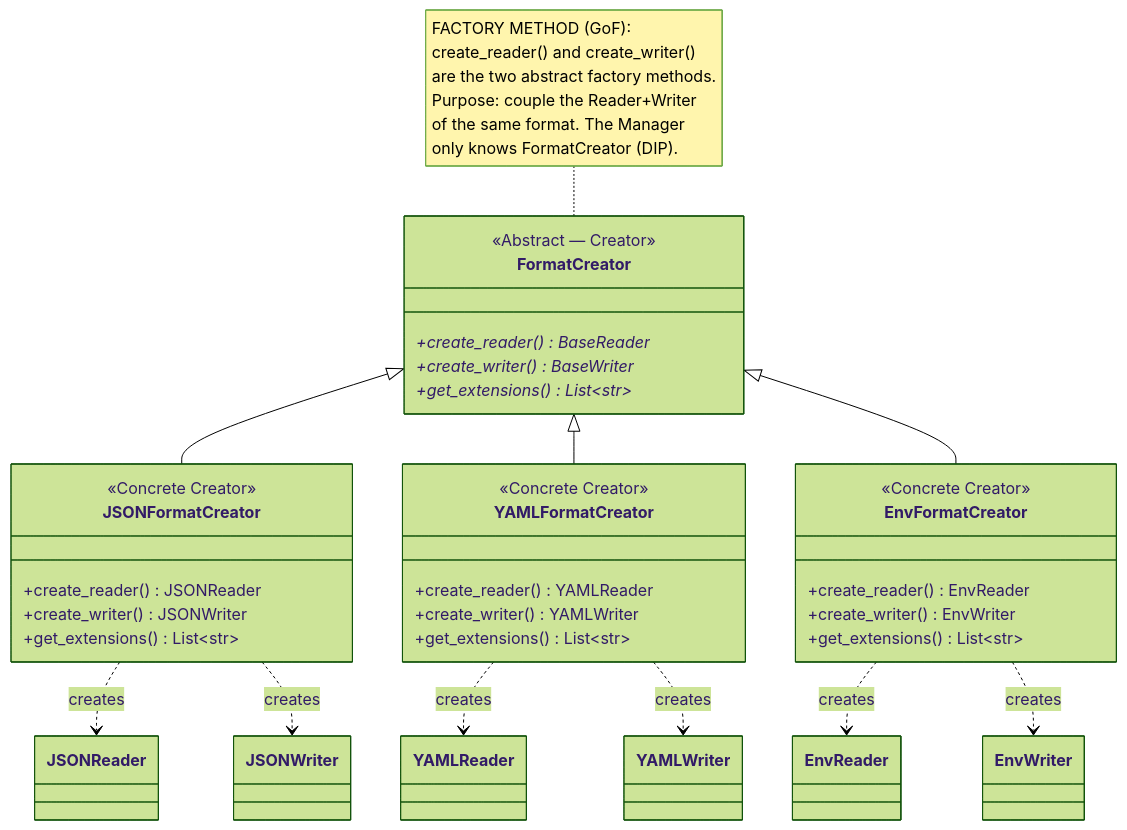
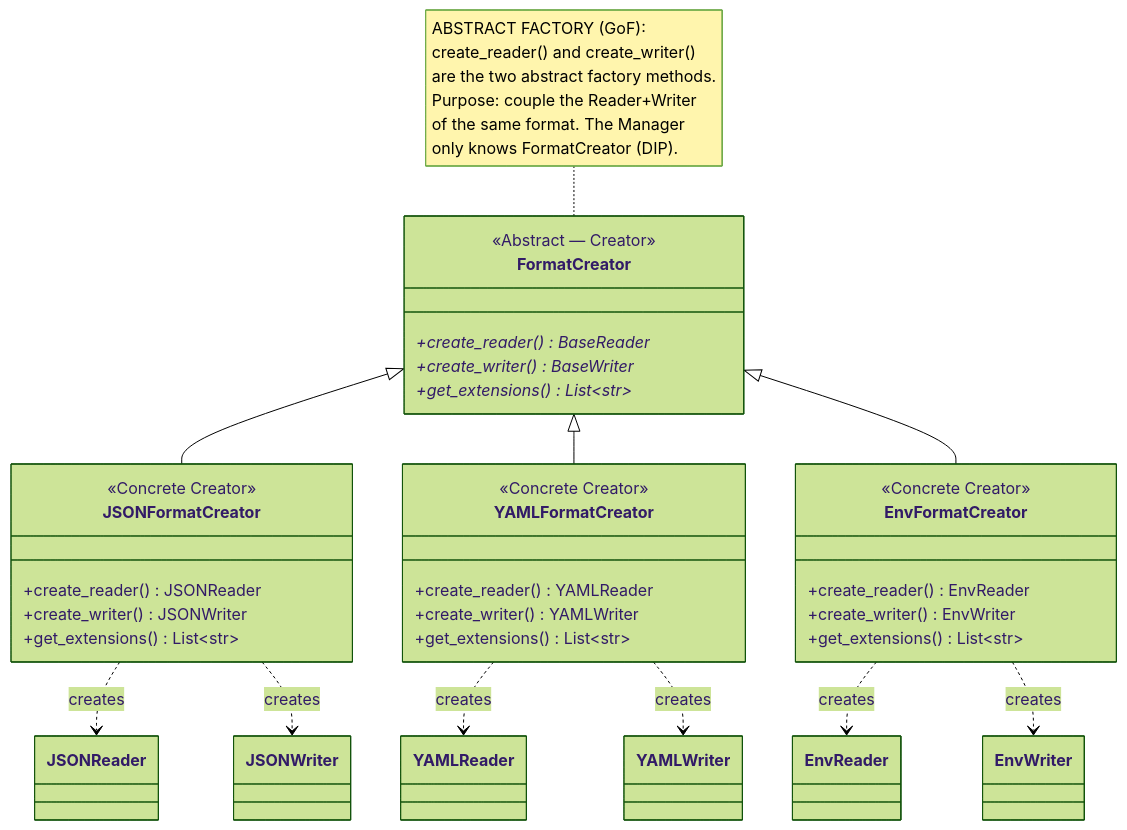
One commit to lucadileo9/proteus changed the second of 6 diagrams in docs/architecture.md. Above: the diagram before and after it, drawn with Mermaid (forest theme). The commit also changed other lines of this file and 1 other file, not shown here.

````diff
--- a/docs/architecture.md
+++ b/docs/architecture.md
@@ -53,48 +53,48 @@
 ```mermaid
 classDiagram
     class FormatCreator {
         <<Abstract — Creator>>
         +create_reader()* BaseReader
         +create_writer()* BaseWriter
         +get_extensions()* List~str~
     }
 
     class JSONFormatCreator {
         <<Concrete Creator>>
         +create_reader() JSONReader
         +create_writer() JSONWriter
         +get_extensions() List~str~
     }
 
     class YAMLFormatCreator {
         <<Concrete Creator>>
         +create_reader() YAMLReader
         +create_writer() YAMLWriter
         +get_extensions() List~str~
     }
 
     class EnvFormatCreator {
         <<Concrete Creator>>
         +create_reader() EnvReader
         +create_writer() EnvWriter
         +get_extensions() List~str~
     }
 
     FormatCreator <|-- JSONFormatCreator
     FormatCreator <|-- YAMLFormatCreator
     FormatCreator <|-- EnvFormatCreator
 
     JSONFormatCreator ..> JSONReader : creates
     JSONFormatCreator ..> JSONWriter : creates
     YAMLFormatCreator ..> YAMLReader : creates
     YAMLFormatCreator ..> YAMLWriter : creates
     EnvFormatCreator ..> EnvReader : creates
     EnvFormatCreator ..> EnvWriter : creates
 
-    note for FormatCreator "FACTORY METHOD (GoF):
+    note for FormatCreator "ABSTRACT FACTORY (GoF):
     create_reader() and create_writer()
     are the two abstract factory methods.
     Purpose: couple the Reader+Writer
     of the same format. The Manager
     only knows FormatCreator (DIP)."
 ```
````
